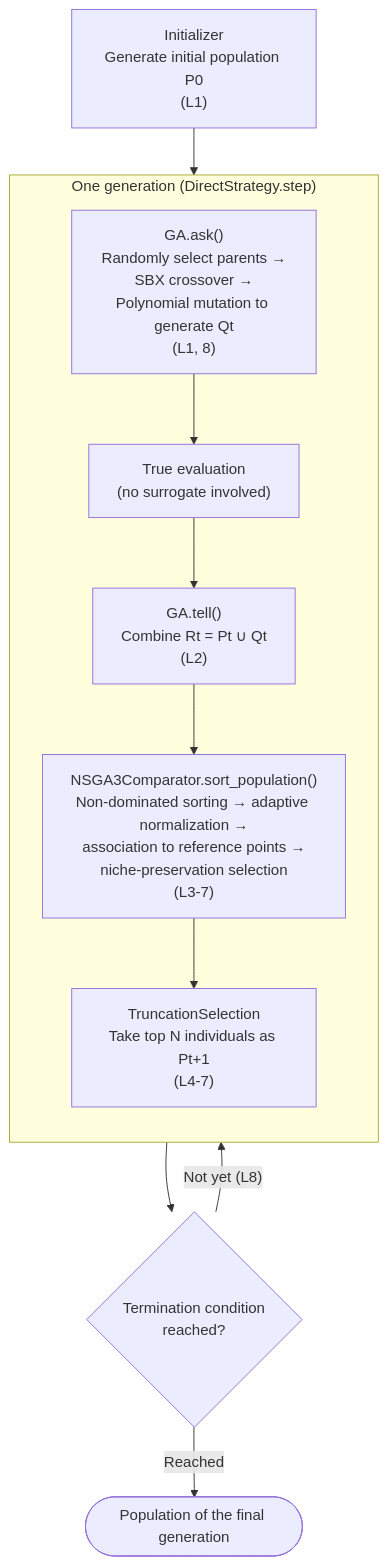
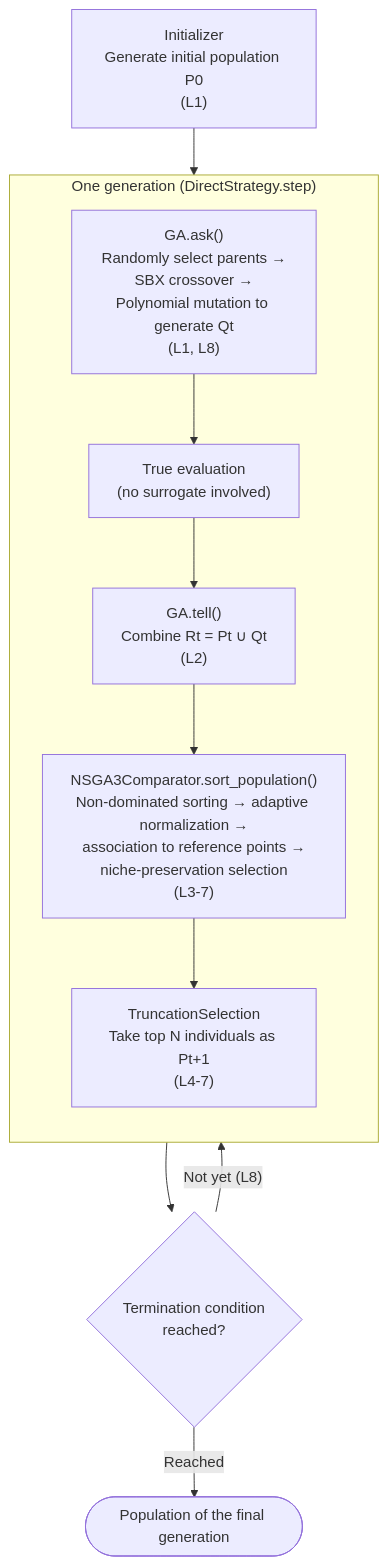
Before and after one commit to shlka/saealib: the diagram in docs/algorithms/nsga3.md, drawn with Mermaid. The commit also changed other lines of this file and 479 other files, not shown here.

````diff
--- a/docs/algorithms/nsga3.md
+++ b/docs/algorithms/nsga3.md
@@ -42,14 +48,14 @@
 ```{mermaid}
 flowchart TD
     INIT["Initializer<br/>Generate initial population P0<br/>(L1)"] --> GEN
     subgraph GEN["One generation (DirectStrategy.step)"]
         direction TB
-        ASK["GA.ask()<br/>Randomly select parents →<br/>SBX crossover →<br/>Polynomial mutation to generate Qt<br/>(L1, 8)"] --> EVAL["True evaluation<br/>(no surrogate involved)"]
+        ASK["GA.ask()<br/>Randomly select parents →<br/>SBX crossover →<br/>Polynomial mutation to generate Qt<br/>(L1, L8)"] --> EVAL["True evaluation<br/>(no surrogate involved)"]
         EVAL --> COMB["GA.tell()<br/>Combine Rt = Pt ∪ Qt<br/>(L2)"]
         COMB --> SORT["NSGA3Comparator.sort_population()<br/>Non-dominated sorting → adaptive normalization →<br/>association to reference points →<br/>niche-preservation selection<br/>(L3-7)"]
         SORT --> TRUNC["TruncationSelection<br/>Take top N individuals as Pt+1<br/>(L4-7)"]
     end
     GEN --> TERM{"Termination condition<br/>reached?"}
     TERM -- "Not yet (L8)" --> GEN
     TERM -- "Reached" --> RESULT(["Population of the final generation"])
 ```
````
